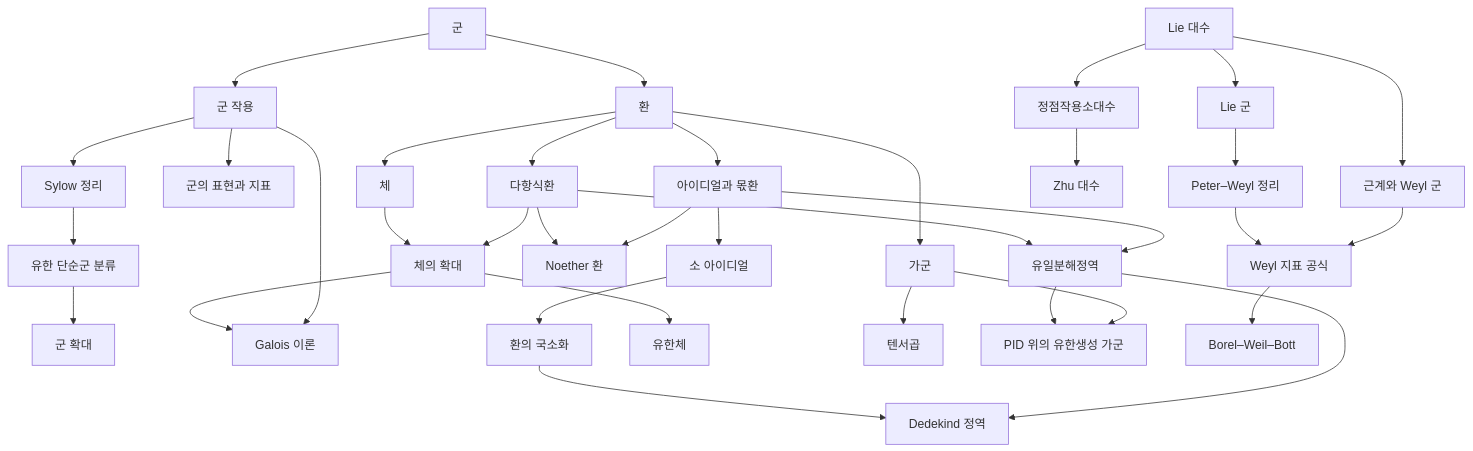
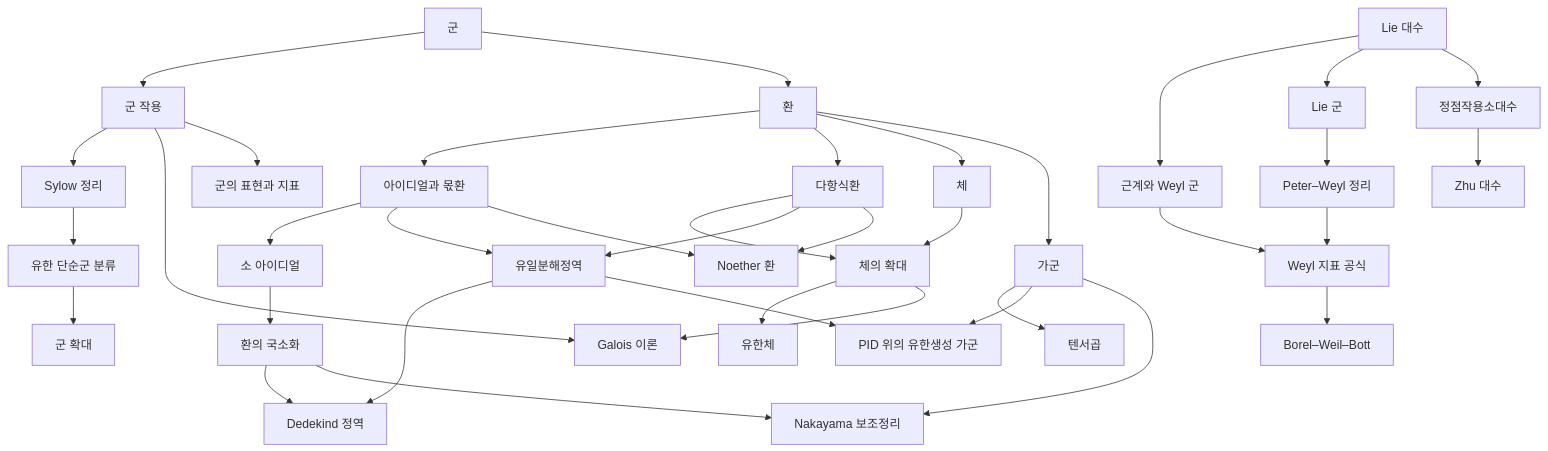
Before and after one commit to Phryxia/math-map: the diagram in docs/abstract-algebra-overview.md, drawn with Mermaid.

Commit message:
put nakayama-lemma on the abstract-algebra map
Claude-Session: https://claude.ai/code/session_01DuCsT1TZiDA2ph5ik8m61S

````diff
--- a/docs/abstract-algebra-overview.md
+++ b/docs/abstract-algebra-overview.md
@@ -11,21 +11,23 @@
 ```mermaid
 graph TD
   G["군"] --> GA["군 작용"] --> SY["Sylow 정리"] --> FS["유한 단순군 분류"] --> GE["군 확대"]
   GA --> GT["Galois 이론"]
   GA --> GR["군의 표현과 지표"]
   G --> R["환"] --> ID["아이디얼과 몫환"] --> PI["소 아이디얼"] --> LZ["환의 국소화"]
   ID --> UFD["유일분해정역"] --> DD["Dedekind 정역"]
   ID --> NO["Noether 환"]
   LZ --> DD
   R --> PR["다항식환"] --> FE["체의 확대"]
   PR --> UFD
   PR --> NO
   R --> F["체"] --> FE --> FF["유한체"]
   FE --> GT
   R --> M["가군"] --> TP["텐서곱"]
   M --> FG["PID 위의 유한생성 가군"]
   UFD --> FG
+  M --> NK["Nakayama 보조정리"]
+  LZ --> NK
   LA["Lie 대수"] --> RS["근계와 Weyl 군"] --> WC["Weyl 지표 공식"] --> BWB["Borel–Weil–Bott"]
   LA --> LG["Lie 군"] --> PW["Peter–Weyl 정리"] --> WC
   LA --> VOA["정점작용소대수"] --> ZA["Zhu 대수"]
 ```
````
